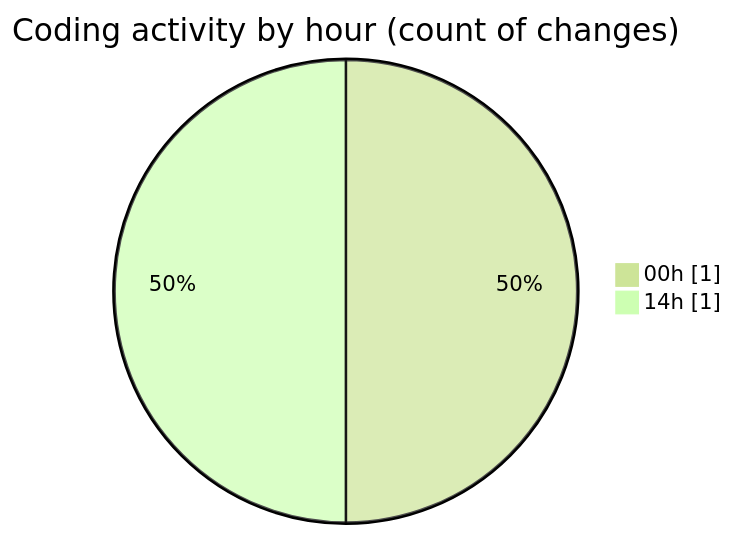
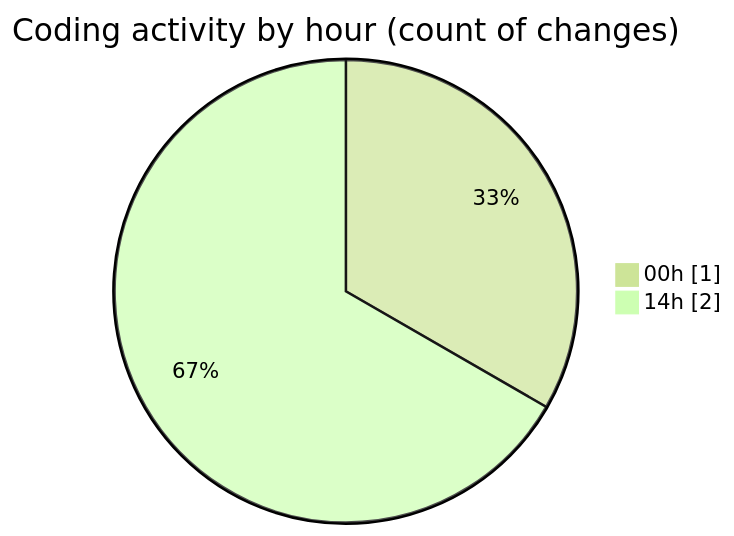
The second of 2 diagrams in 2025-06-26/archive/README.md (JenPaints/code-tracking), drawn with Mermaid (forest theme) before and after one commit. The commit also changed other lines of this file and 1 other file, not shown here.

````diff
--- a/2025-06-26/archive/README.md
+++ b/2025-06-26/archive/README.md
@@ -30,6 +31,6 @@
 ```mermaid
 pie showData
 title Coding activity by hour (count of changes)
 "00h" : 1
-"14h" : 1
+"14h" : 2
 ```
````
